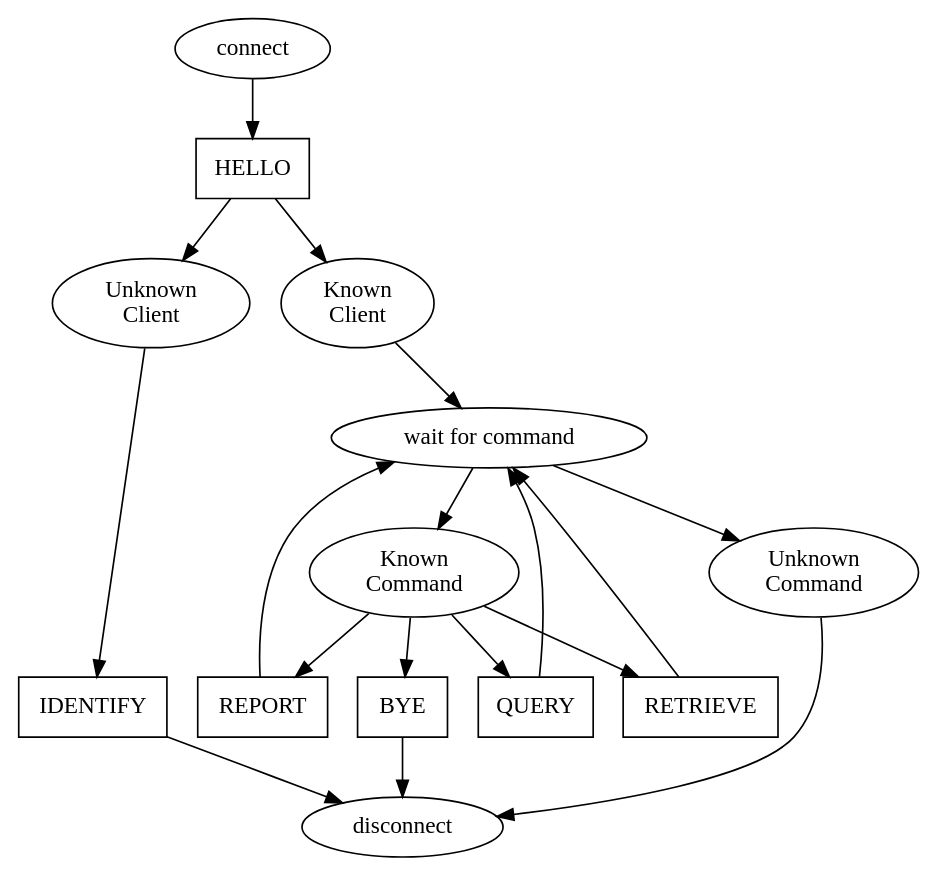
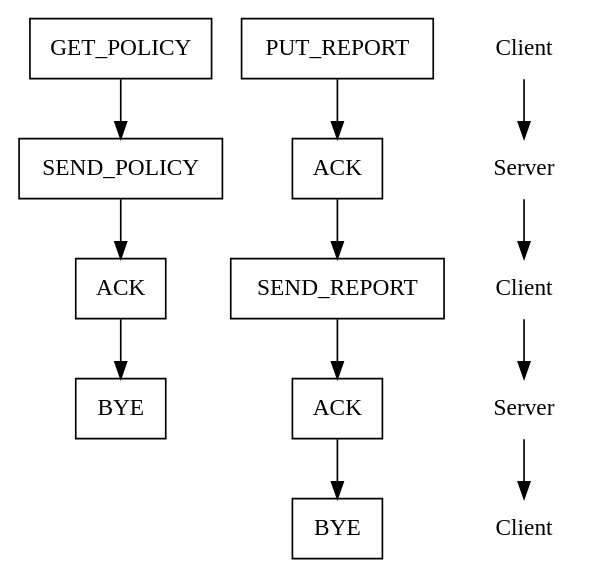
One commit to bizzaro-jhunt/clockwork changed the diagram in doc/proto.dot. Above: the diagram before and after it, drawn with Graphviz. The commit also changed 7 other files, not shown here.

```diff
--- a/doc/proto.dot
+++ b/doc/proto.dot
@@ -1,40 +1,25 @@
 digraph protocol {
 
-	node [shape=ellipse];
-	connect;
-	disconnect;
-	main [label="wait for command"];
+	node [shape=rect];
+	ACK1 [label="ACK"];
+	ACK2 [label="ACK"];
+	ACK3 [label="ACK"];
 
-	{ rank=same;
-		known_client [label="Known\nClient"];
-		unknown_client [label="Unknown\nClient"];
-	};
-	{ rank=same;
-		known_command [label="Known\nCommand"];
-		unknown_command [label="Unknown\nCommand"];
-	};
+	BYE1 [label="BYE"];
+	BYE2 [label="BYE"];
 
-	node [shape=rect];
-	HELLO;
+	{node [shape=none,label="Client"]; C1; C2; C3;}
+	{node [shape=none,label="Server"]; S1; S2;}
+	C1 -> S1 -> C2 -> S2 -> C3;
 
-	{ rank=same;
-		IDENTIFY;
+	GET_POLICY -> SEND_POLICY -> ACK1        -> BYE1;
+	PUT_REPORT -> ACK2        -> SEND_REPORT -> ACK3 -> BYE2;
 
-		BYE;
-		QUERY;
-		RETRIEVE;
-		REPORT;
-	};
+	{rank=same; C1; GET_POLICY;  PUT_REPORT;}
+	{rank=same; S1; SEND_POLICY; ACK2;}
+	{rank=same; C2; ACK1; SEND_REPORT;}
+	{rank=same; S2; BYE1; ACK3;}
+	{rank=same; C3; BYE2;}
 
-	connect -> HELLO;
-	HELLO -> known_client -> main;
-	HELLO -> unknown_client -> IDENTIFY -> disconnect;
 
-	main -> unknown_command -> disconnect;
-	main -> known_command;
-
-	known_command -> BYE -> disconnect;
-	known_command -> QUERY -> main;
-	known_command -> RETRIEVE -> main;
-	known_command -> REPORT -> main;
 }
```
